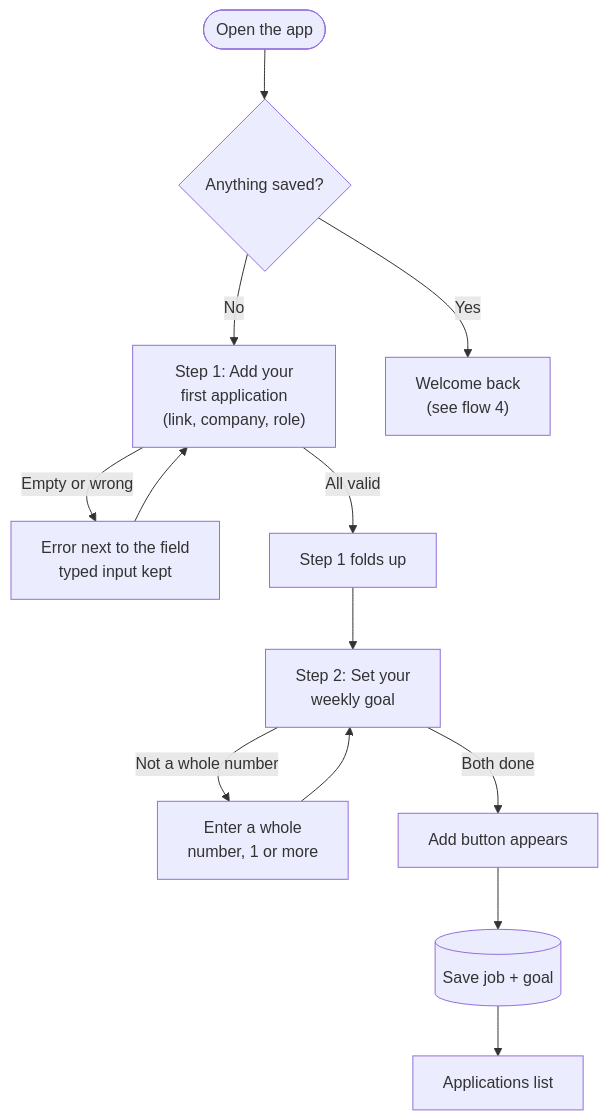
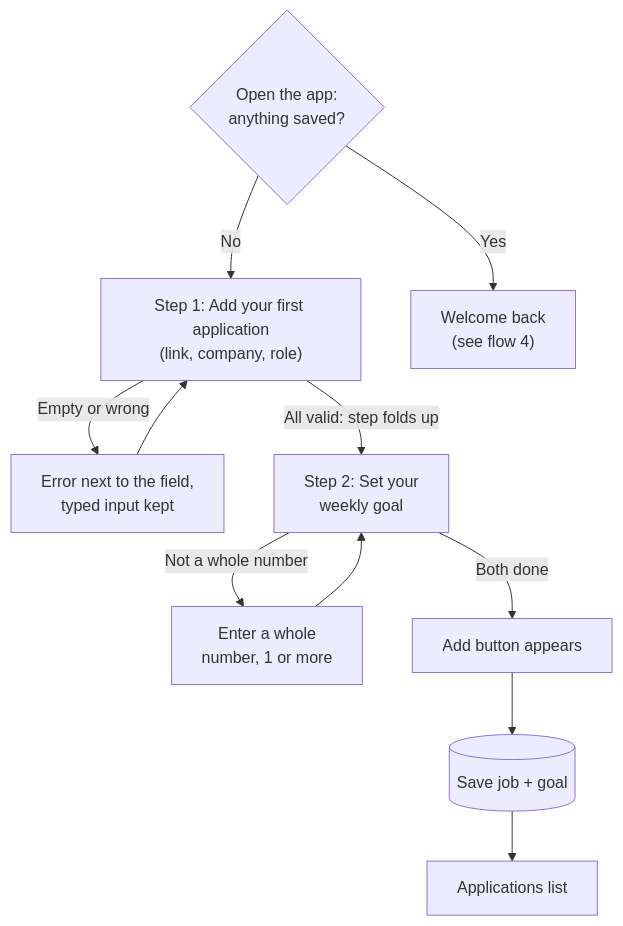
One commit to chentejung/mpcs_design_build_ship_3 changed the first of 4 diagrams in README.md. Above: the diagram before and after it, drawn with Mermaid. The commit also changed 1 other file, not shown here.

Commit message:
Shorten onboarding diagram so it isn't clipped on GitHub

````diff
--- a/README.md
+++ b/README.md
@@ -15,15 +15,13 @@
 ```mermaid
 flowchart TD
-    Open(["Open the app"]) --> Saved{"Anything saved?"}
-    Saved -- No --> Step1["Step 1: Add your<br/>first application<br/>(link, company, role)"]
+    Saved{"Open the app:<br/>anything saved?"} -- No --> Step1["Step 1: Add your first application<br/>(link, company, role)"]
     Saved -- Yes --> Welcome["Welcome back<br/>(see flow 4)"]
-    Step1 -- "Empty or wrong" --> Err1["Error next to the field<br/>typed input kept"]
+    Step1 -- "Empty or wrong" --> Err1["Error next to the field,<br/>typed input kept"]
     Err1 --> Step1
-    Step1 -- "All valid" --> Fold["Step 1 folds up"]
-    Fold --> Step2["Step 2: Set your<br/>weekly goal"]
+    Step1 -- "All valid: step folds up" --> Step2["Step 2: Set your<br/>weekly goal"]
     Step2 -- "Not a whole number" --> Err2["Enter a whole<br/>number, 1 or more"]
     Err2 --> Step2
     Step2 -- "Both done" --> Add["Add button appears"]
     Add --> Save1[("Save job + goal")]
     Save1 --> List["Applications list"]
 ```
````
